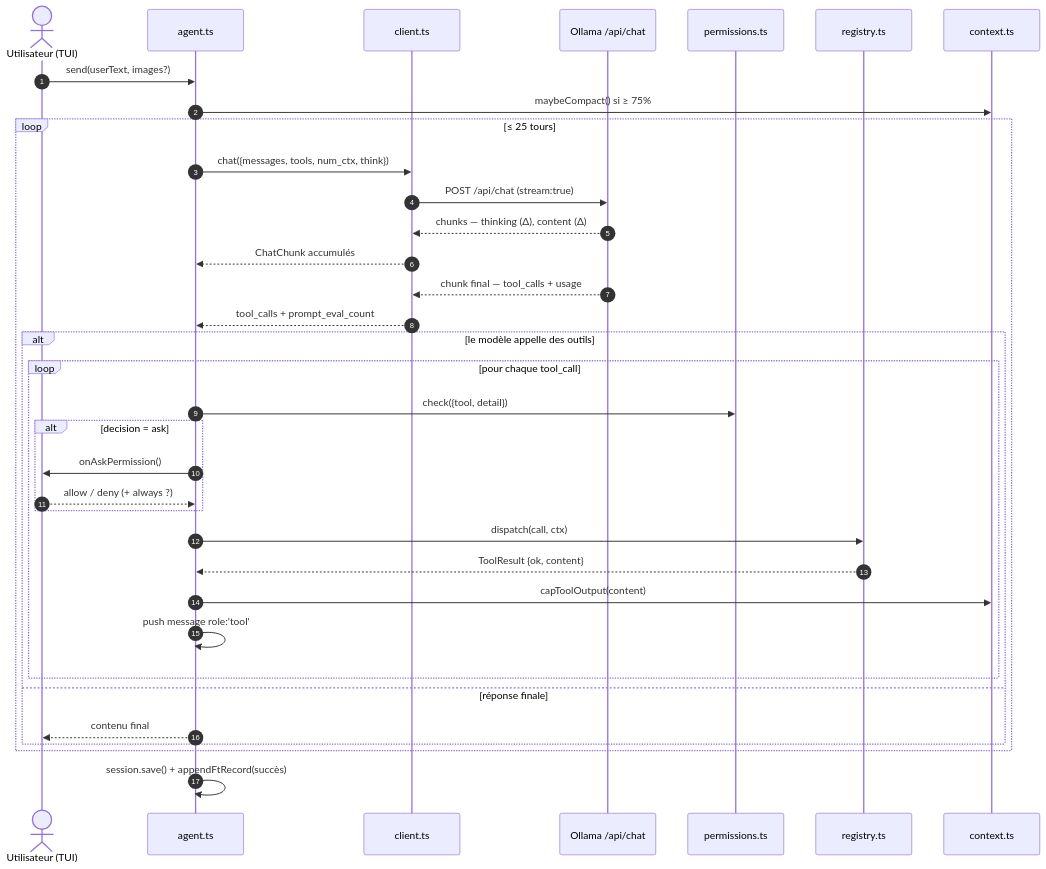
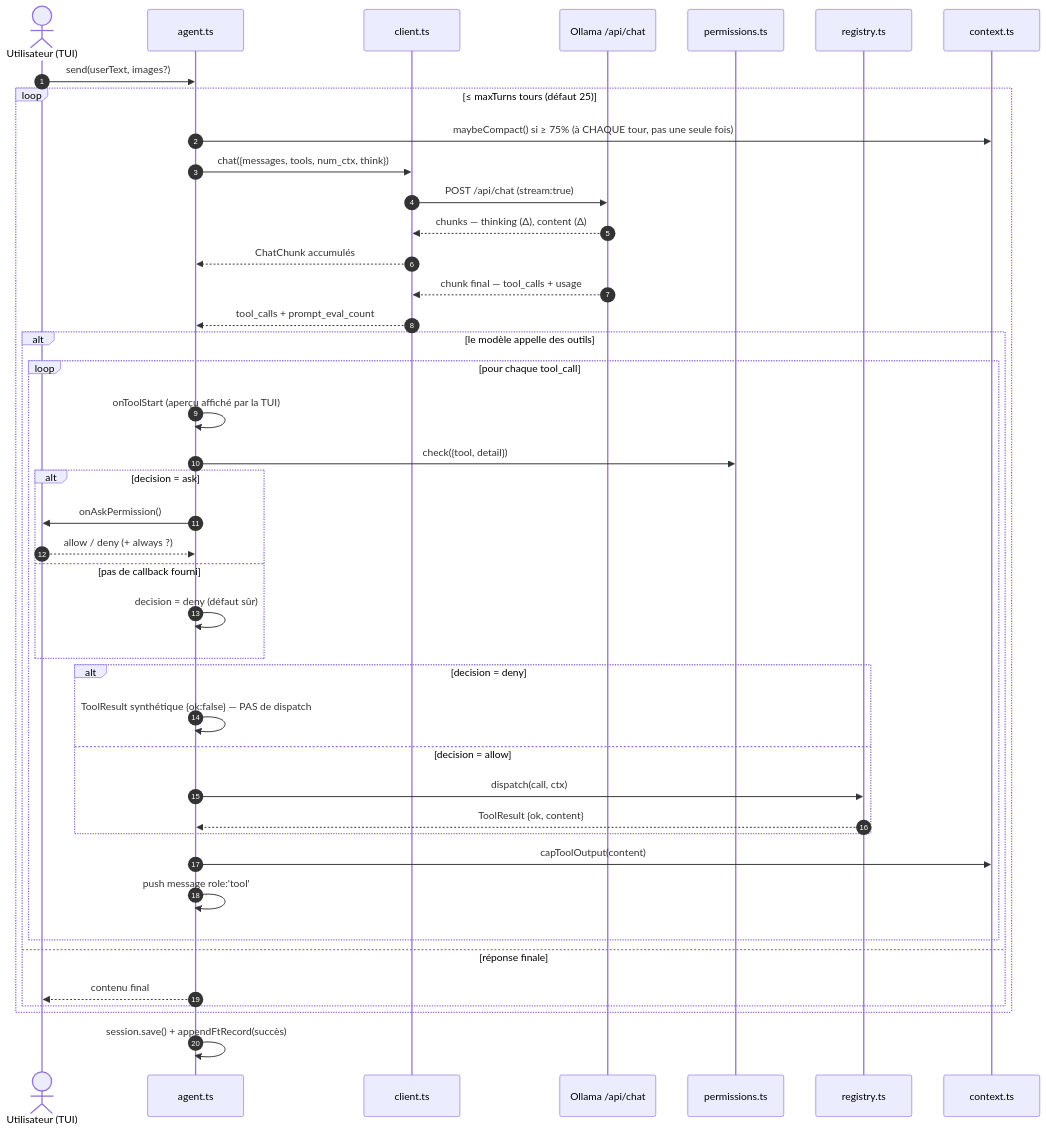
One commit to Tromset/Ollama-Code changed the fourth of 10 diagrams in DOCUMENTATION.md. Above: the diagram before and after it, drawn with Mermaid. The commit also changed other lines of this file and 3 other files, not shown here.

````diff
--- a/DOCUMENTATION.md
+++ b/DOCUMENTATION.md
@@ -230,39 +233,46 @@
 ```mermaid
 sequenceDiagram
     autonumber
     actor U as Utilisateur (TUI)
     participant A as agent.ts
     participant C as client.ts
     participant O as Ollama /api/chat
     participant P as permissions.ts
     participant R as registry.ts
     participant X as context.ts
 
     U->>A: send(userText, images?)
-    A->>X: maybeCompact() si ≥ 75%
-    loop ≤ 25 tours
+    loop ≤ maxTurns tours (défaut 25)
+        A->>X: maybeCompact() si ≥ 75% (à CHAQUE tour, pas une seule fois)
         A->>C: chat({messages, tools, num_ctx, think})
         C->>O: POST /api/chat (stream:true)
         O-->>C: chunks — thinking (Δ), content (Δ)
         C-->>A: ChatChunk accumulés
         O-->>C: chunk final — tool_calls + usage
         C-->>A: tool_calls + prompt_eval_count
 
         alt le modèle appelle des outils
             loop pour chaque tool_call
+                A->>A: onToolStart (aperçu affiché par la TUI)
                 A->>P: check({tool, detail})
                 alt decision = ask
                     A->>U: onAskPermission()
                     U-->>A: allow / deny (+ always ?)
+                else pas de callback fourni
+                    A->>A: decision = deny (défaut sûr)
                 end
-                A->>R: dispatch(call, ctx)
-                R-->>A: ToolResult {ok, content}
+                alt decision = deny
+                    A->>A: ToolResult synthétique {ok:false} — PAS de dispatch
+                else decision = allow
+                    A->>R: dispatch(call, ctx)
+                    R-->>A: ToolResult {ok, content}
+                end
                 A->>X: capToolOutput(content)
                 A->>A: push message role:'tool'
             end
         else réponse finale
             A-->>U: contenu final
         end
     end
     A->>A: session.save() + appendFtRecord(succès)
 ```
````
